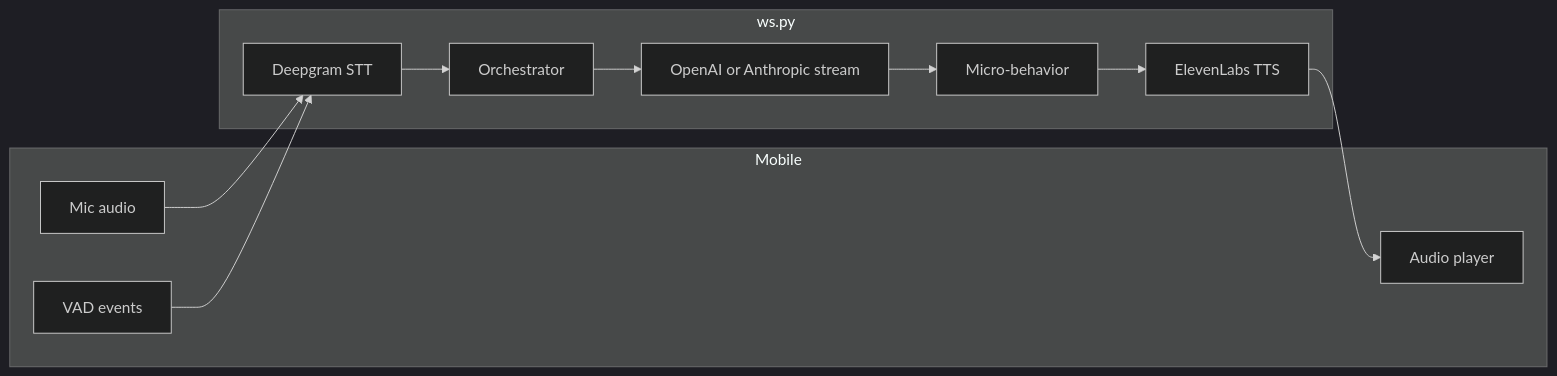
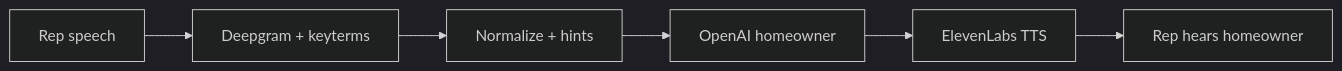
One commit to calelamb/doordrill changed the diagram in docs/specs/rep_ai_interaction_enhancements.md. Above: the diagram before and after it, drawn with Mermaid (dark theme). The commit also changed other lines of this file, not shown here.

First line of the commit message:
docs: refocus rep-AI spec on STT accuracy, OpenAI, ElevenLabs

````diff
--- a/docs/specs/rep_ai_interaction_enhancements.md
+++ b/docs/specs/rep_ai_interaction_enhancements.md
@@ -22,22 +7,10 @@
 ```mermaid
 flowchart LR
-  subgraph client [Mobile]
-    Mic[Mic audio]
-    VAD[VAD events]
-    Player[Audio player]
-  end
-  subgraph gateway [ws.py]
-    STT[Deepgram STT]
-    Orch[Orchestrator]
-    LLM[OpenAI or Anthropic stream]
-    MB[Micro-behavior]
-    TTS[ElevenLabs TTS]
-  end
-  Mic --> STT
-  VAD --> STT
-  STT --> Orch
-  Orch --> LLM
-  LLM --> MB
-  MB --> TTS
-  TTS --> Player
+  Rep[Rep speech]
+  DG[Deepgram + keyterms]
+  Norm[Normalize + hints]
+  GPT[OpenAI homeowner]
+  EL[ElevenLabs TTS]
+  Ear[Rep hears homeowner]
+  Rep --> DG --> Norm --> GPT --> EL --> Ear
 ```
````
